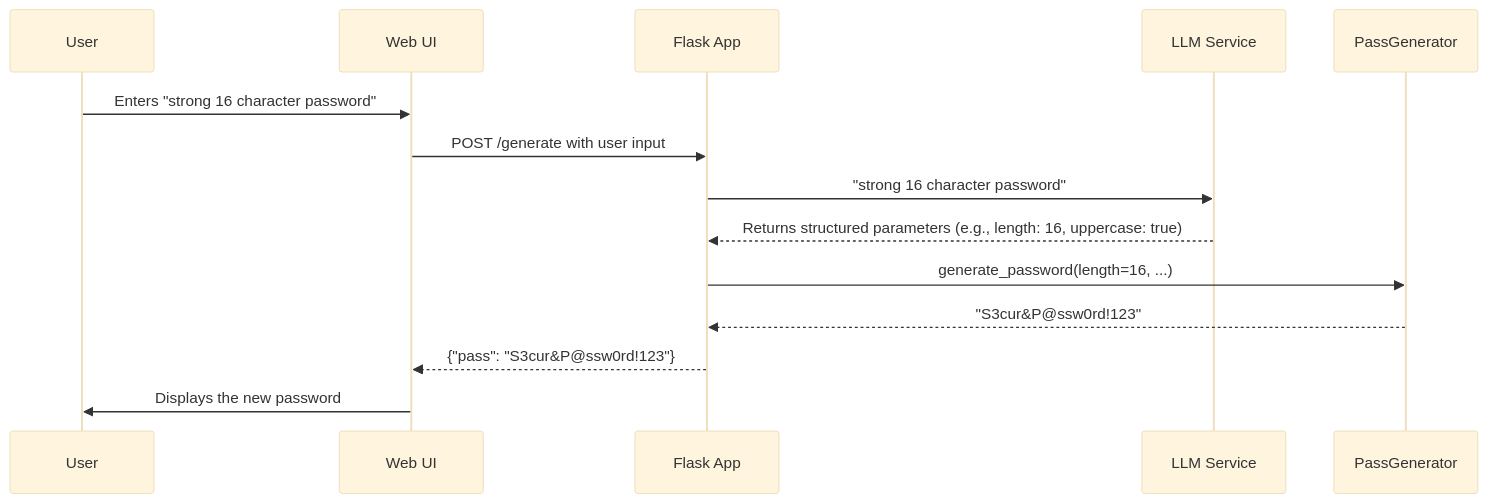
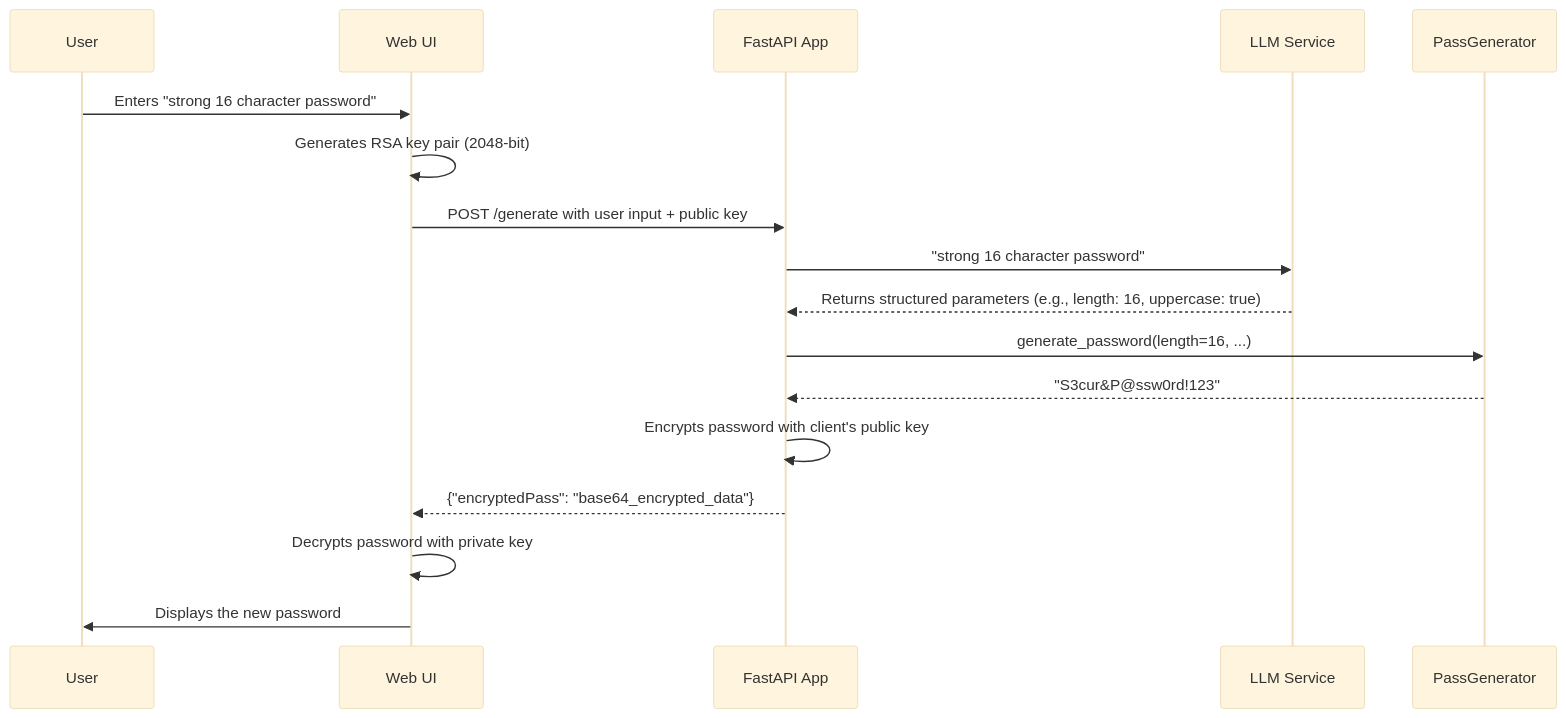
One commit to mdonmez/passai changed the diagram in README.md. Above: the diagram before and after it, drawn with Mermaid (base theme). The commit also changed other lines of this file and 7 other files, not shown here.

````diff
--- a/README.md
+++ b/README.md
@@ -38,17 +39,20 @@
 ```mermaid
 sequenceDiagram
     participant User
     participant Frontend as Web UI
-    participant Backend as Flask App
+    participant Backend as FastAPI App
     participant AI as LLM Service
     participant Generator as PassGenerator
 
     User->>Frontend: Enters "strong 16 character password"
-    Frontend->>Backend: POST /generate with user input
+    Frontend->>Frontend: Generates RSA key pair (2048-bit)
+    Frontend->>Backend: POST /generate with user input + public key
     Backend->>AI: "strong 16 character password"
     AI-->>Backend: Returns structured parameters (e.g., length: 16, uppercase: true)
     Backend->>Generator: generate_password(length=16, ...)
     Generator-->>Backend: "S3cur&P@ssw0rd!123"
-    Backend-->>Frontend: {"pass": "S3cur&P@ssw0rd!123"}
+    Backend->>Backend: Encrypts password with client's public key
+    Backend-->>Frontend: {"encryptedPass": "base64_encrypted_data"}
+    Frontend->>Frontend: Decrypts password with private key
     Frontend->>User: Displays the new password
 ```
````
